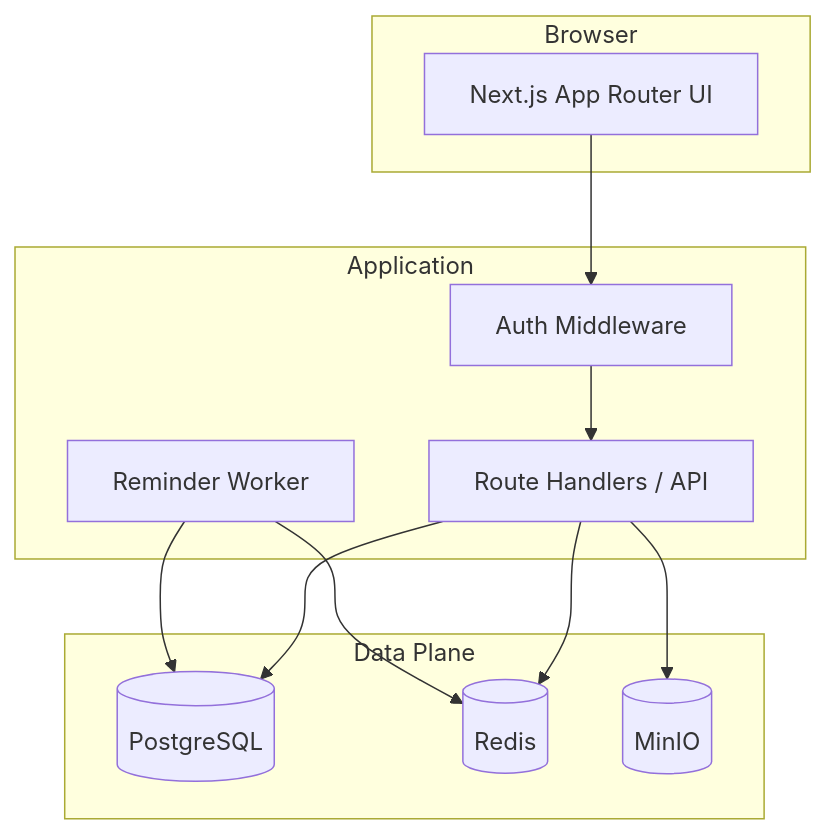
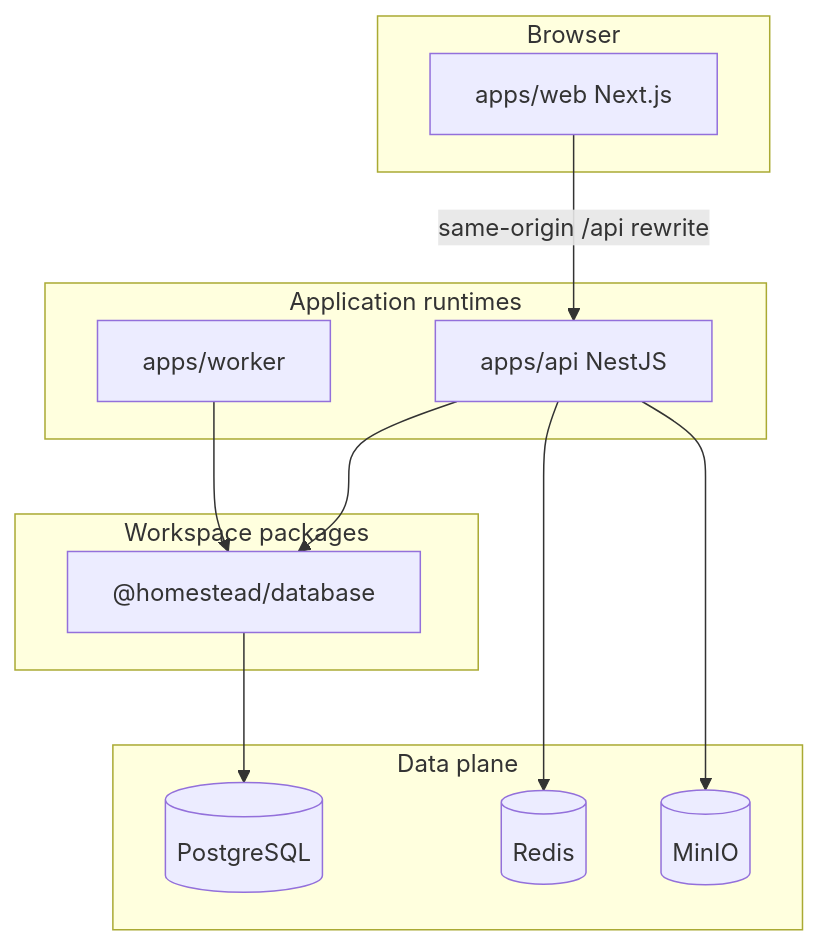
Before and after one commit to bhavinsurge/home-maintenance-manager: the diagram in docs/architecture.md, drawn with Mermaid. The commit also changed other lines of this file and 141 other files, not shown here.

First line of the commit message:
refactor: complete apps/web, infrastructure, and remove Next monolith

````diff
--- a/docs/architecture.md
+++ b/docs/architecture.md
@@ -5,25 +5,28 @@
 ```mermaid
 flowchart TB
-  subgraph client [Browser]
-    UI[Next.js App Router UI]
+  subgraph browser [Browser]
+    UI[apps/web Next.js]
   end
 
-  subgraph app [Application]
-    API[Route Handlers / API]
-    MW[Auth Middleware]
-    Worker[Reminder Worker]
+  subgraph runtimes [Application runtimes]
+    API[apps/api NestJS]
+    Worker[apps/worker]
   end
 
-  subgraph data [Data Plane]
+  subgraph pkg [Workspace packages]
+    DBPkg["@homestead/database"]
+  end
+
+  subgraph data [Data plane]
     PG[(PostgreSQL)]
     Redis[(Redis)]
     MinIO[(MinIO)]
   end
 
-  UI --> MW --> API
-  API --> PG
+  UI -->|same-origin /api rewrite| API
+  API --> DBPkg
+  Worker --> DBPkg
+  DBPkg --> PG
   API --> Redis
   API --> MinIO
-  Worker --> PG
-  Worker --> Redis
 ```
````
